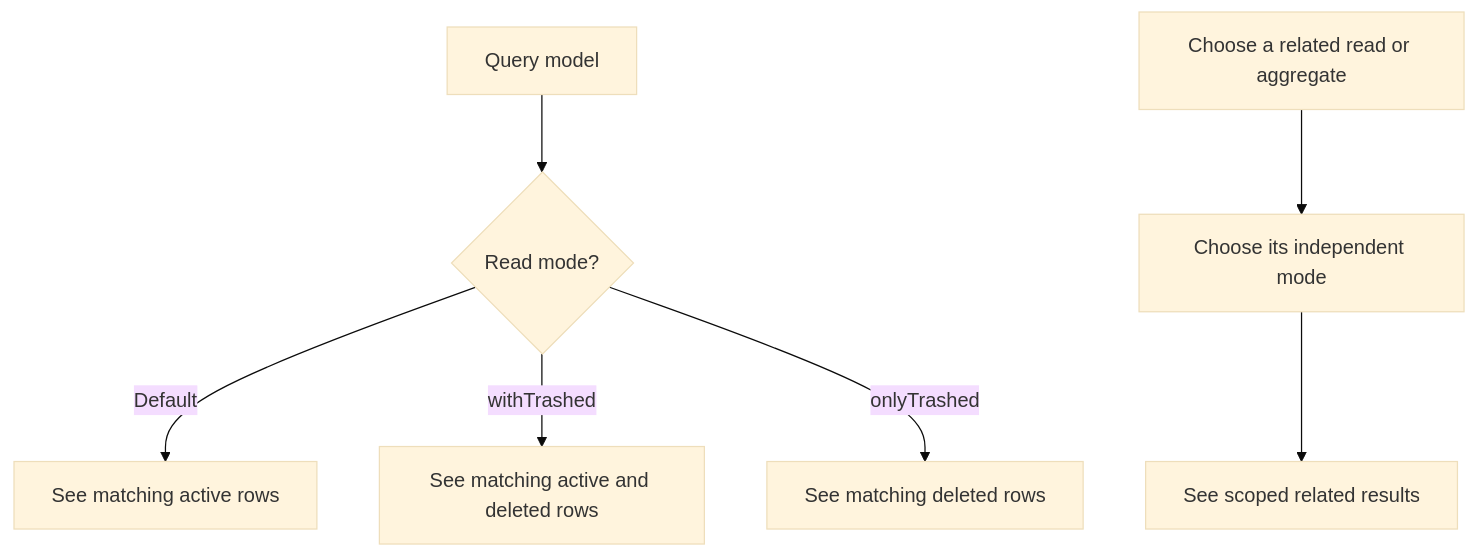
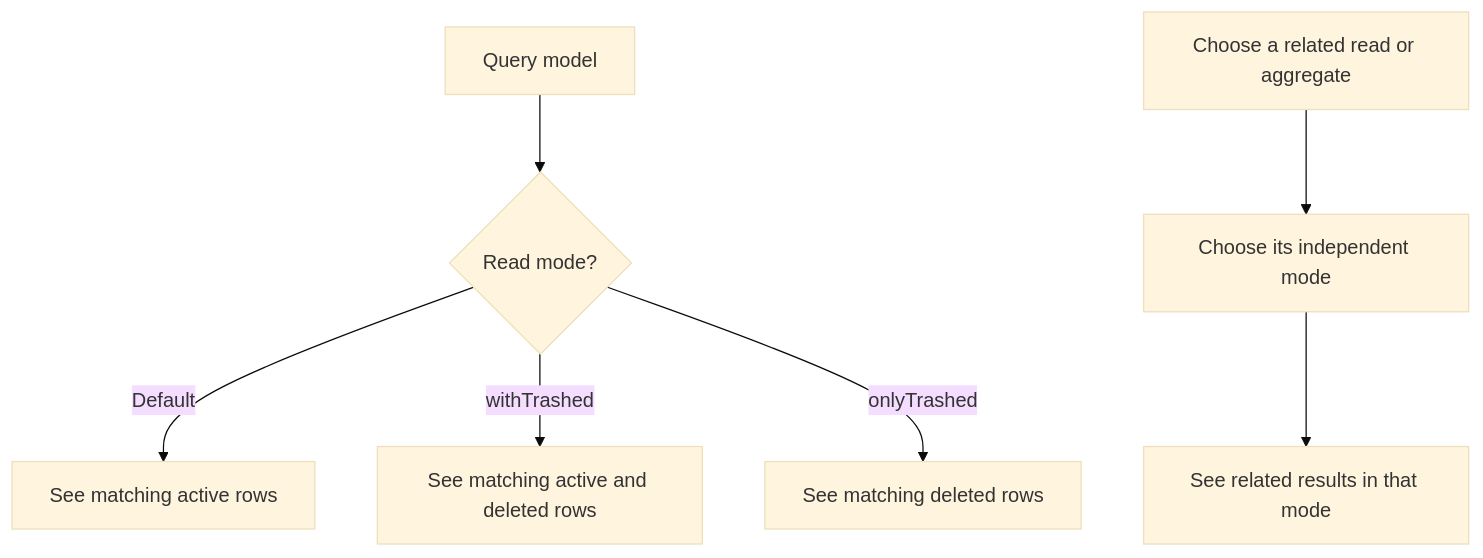
The first of 2 diagrams in user-stories/query-deleted-records/us-app-02-query-deleted-records.md (Kevinjohn/oss-adonisjs-lucid-soft-delete), drawn with Mermaid (base theme) before and after one commit. The commit also changed other lines of this file and 9 other files, not shown here.

````diff
--- a/user-stories/query-deleted-records/us-app-02-query-deleted-records.md
+++ b/user-stories/query-deleted-records/us-app-02-query-deleted-records.md
@@ -23,8 +23,8 @@
 ```mermaid
 flowchart TD
     A["Query model"] --> B{"Read mode?"}
     B -->|Default| C["See matching active rows"]
     B -->|withTrashed| D["See matching active and deleted rows"]
     B -->|onlyTrashed| E["See matching deleted rows"]
-    F["Choose a related read or aggregate"] --> G["Choose its independent mode"] --> H["See scoped related results"]
+    F["Choose a related read or aggregate"] --> G["Choose its independent mode"] --> H["See related results in that mode"]
 ```
````
